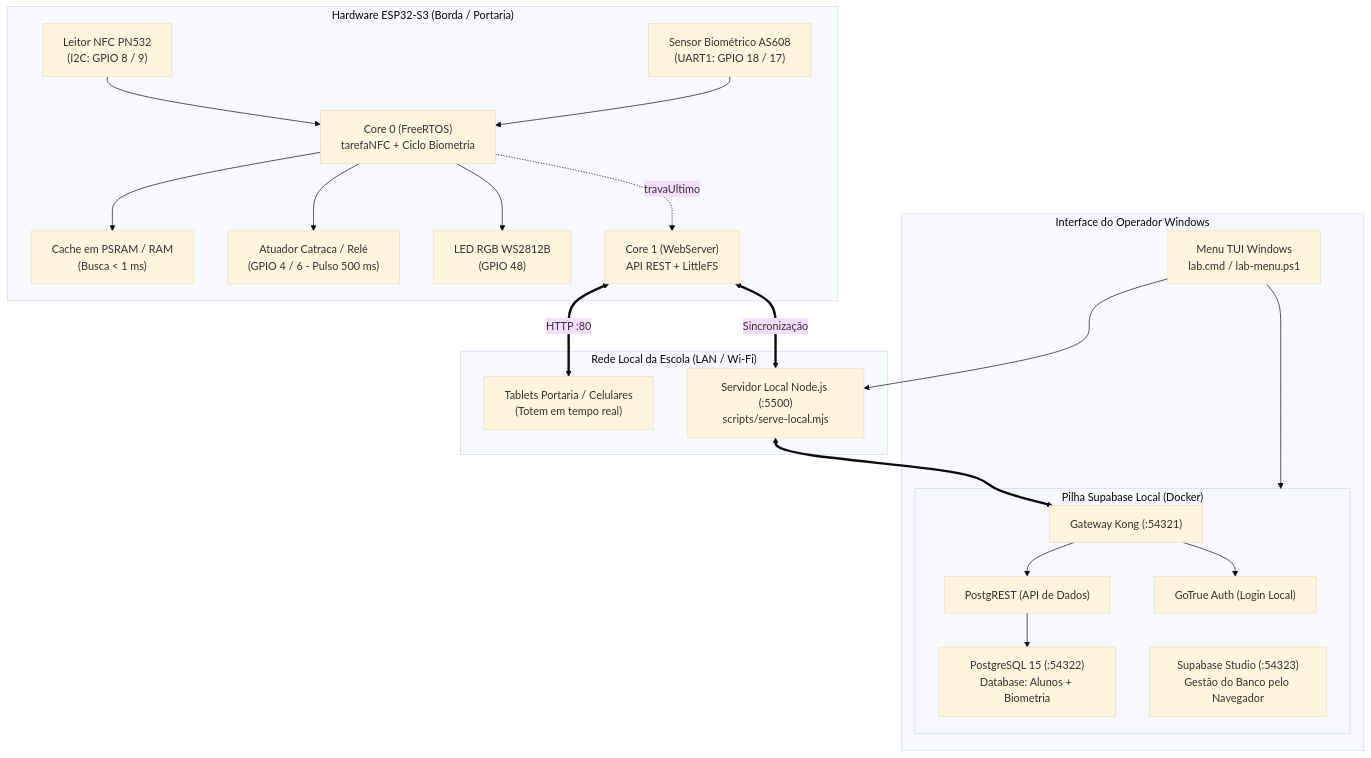
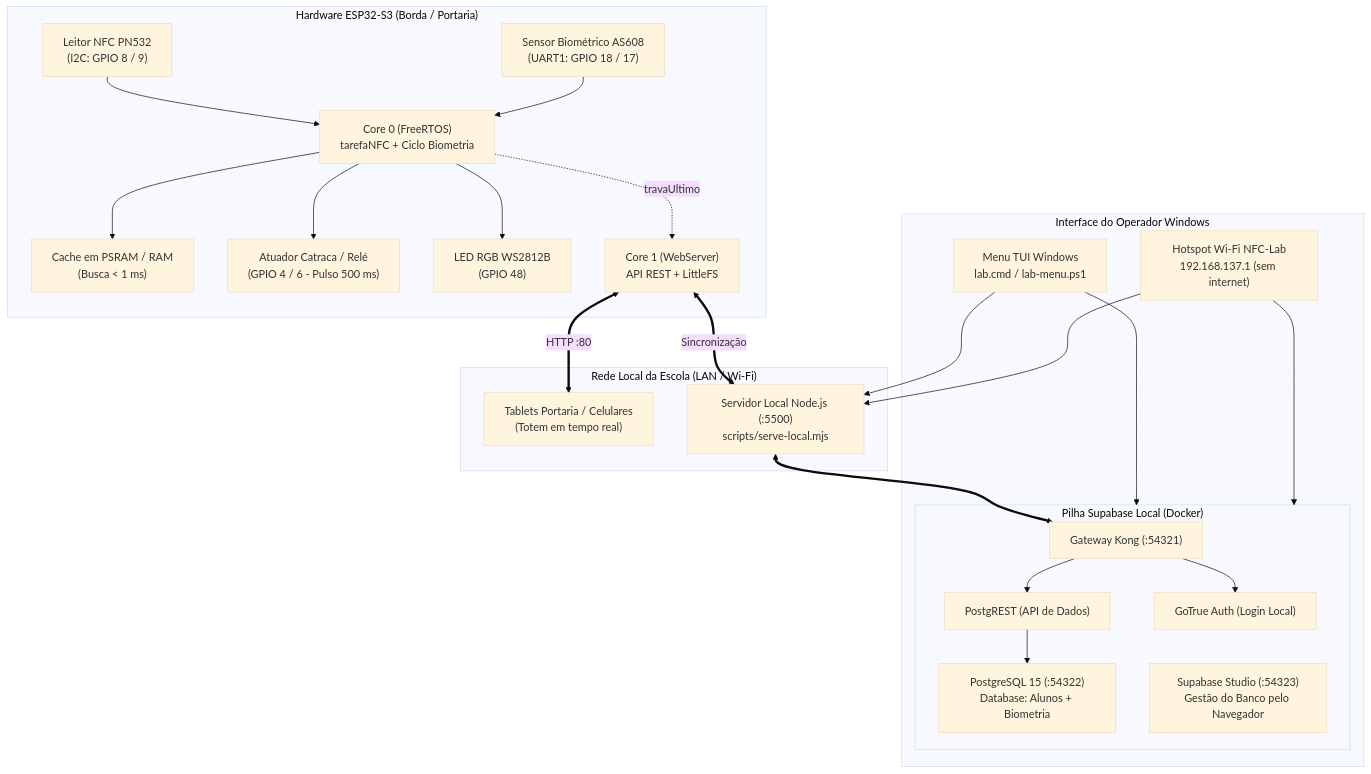
The diagram in HANDOFF.md (devmagary/escola-nfc-web), drawn with Mermaid (base theme) before and after one commit. The commit also changed other lines of this file and 30 other files, not shown here.

First line of the commit message:
feat(lab): hotspot NFC-Lab, biometria e monitor do ESP32

````diff
--- a/HANDOFF.md
+++ b/HANDOFF.md
@@ -18,29 +18,31 @@
 ```mermaid
 flowchart TD
     subgraph HARDWARE["Hardware ESP32-S3 (Borda / Portaria)"]
         NFC["Leitor NFC PN532\n(I2C: GPIO 8 / 9)"] --> CORE0["Core 0 (FreeRTOS)\ntarefaNFC + Ciclo Biometria"]
         BIO["Sensor Biométrico AS608\n(UART1: GPIO 18 / 17)"] --> CORE0
         CORE0 --> RAM["Cache em PSRAM / RAM\n(Busca < 1 ms)"]
         CORE0 --> ACT["Atuador Catraca / Relé\n(GPIO 4 / 6 - Pulso 500 ms)"]
         CORE0 --> RGB["LED RGB WS2812B\n(GPIO 48)"]
         CORE0 -.->|travaUltimo| CORE1["Core 1 (WebServer)\nAPI REST + LittleFS"]
     end
 
     subgraph REDE_LOCAL["Rede Local da Escola (LAN / Wi-Fi)"]
         CORE1 <==>|HTTP :80| CLIENTS["Tablets Portaria / Celulares\n(Totem em tempo real)"]
         CORE1 <==>|Sincronização| LAB_SRV["Servidor Local Node.js (:5500)\nscripts/serve-local.mjs"]
     end
 
     subgraph DOCKER_STACK["Pilha Supabase Local (Docker)"]
         LAB_SRV <==> KONG["Gateway Kong (:54321)"]
         KONG --> POSTGREST["PostgREST (API de Dados)"]
         KONG --> GOTRUE["GoTrue Auth (Login Local)"]
         POSTGREST --> PG["PostgreSQL 15 (:54322)\nDatabase: Alunos + Biometria"]
         STUDIO["Supabase Studio (:54323)\nGestão do Banco pelo Navegador"]
     end
 
     subgraph OPERACAO["Interface do Operador Windows"]
         TUI["Menu TUI Windows\nlab.cmd / lab-menu.ps1"] --> DOCKER_STACK
         TUI --> LAB_SRV
+        HOT["Hotspot Wi-Fi NFC-Lab\n192.168.137.1 (sem internet)"] --> LAB_SRV
+        HOT --> DOCKER_STACK
     end
 ```
````
